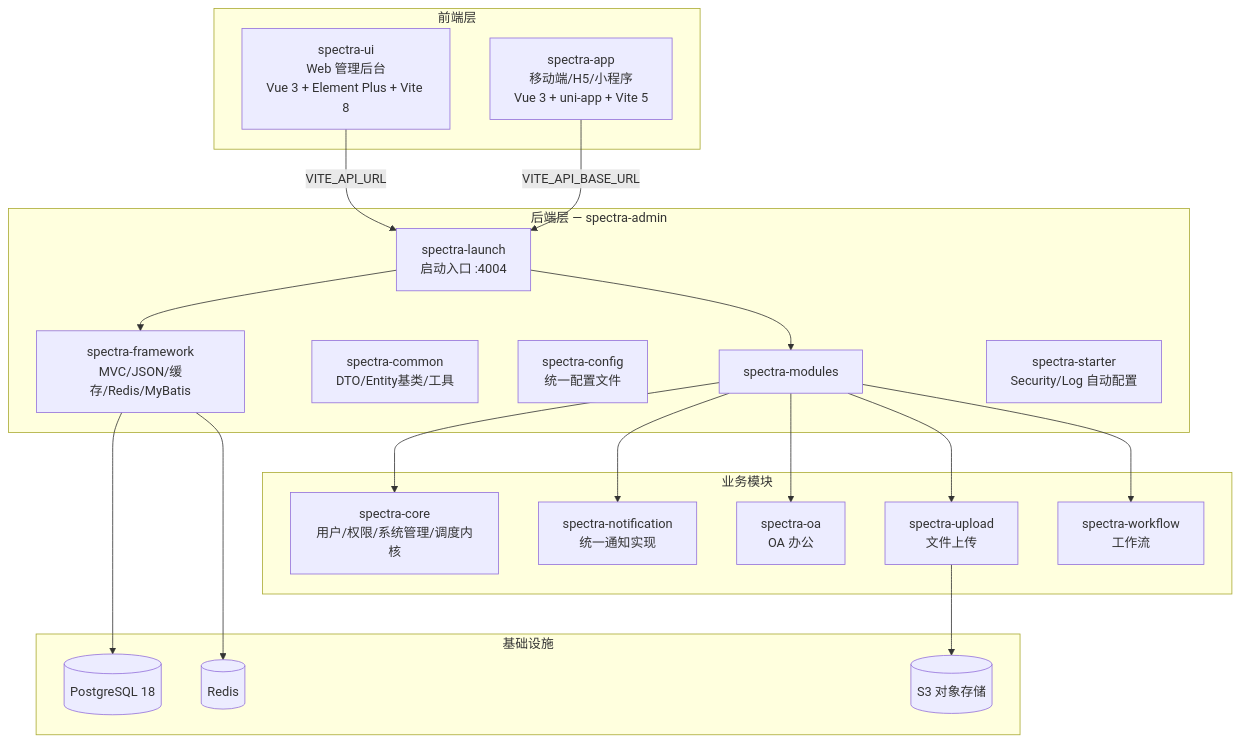
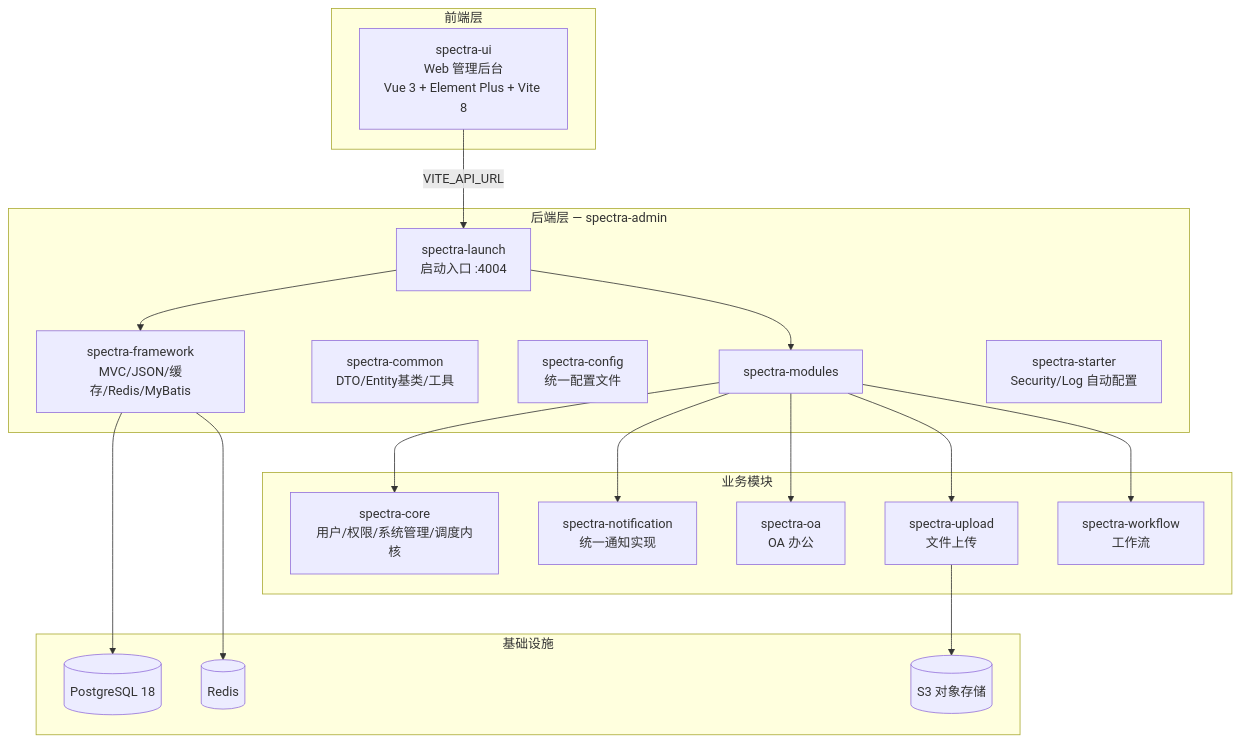
One commit to yangxj96/spectra-docs changed the diagram in docs/00-项目总览.md. Above: the diagram before and after it, drawn with Mermaid. The commit also changed other lines of this file and 42 other files, not shown here.

````diff
--- a/docs/00-项目总览.md
+++ b/docs/00-项目总览.md
@@ -22,43 +22,41 @@
 ```mermaid
 graph TB
     subgraph "前端层"
         UI["spectra-ui<br/>Web 管理后台<br/>Vue 3 + Element Plus + Vite 8"]
-        APP["spectra-app<br/>移动端/H5/小程序<br/>Vue 3 + uni-app + Vite 5"]
     end
 
     subgraph "后端层 — spectra-admin"
         LAUNCH["spectra-launch<br/>启动入口 :4004"]
         FW["spectra-framework<br/>MVC/JSON/缓存/Redis/MyBatis"]
         COMMON["spectra-common<br/>DTO/Entity基类/工具"]
         CONFIG["spectra-config<br/>统一配置文件"]
         MODULES["spectra-modules"]
         STARTER["spectra-starter<br/>Security/Log 自动配置"]
     end
 
     subgraph "业务模块"
         CORE["spectra-core<br/>用户/权限/系统管理/调度内核"]
         NOTIFY["spectra-notification<br/>统一通知实现"]
         OA["spectra-oa<br/>OA 办公"]
         UPLOAD["spectra-upload<br/>文件上传"]
         WF["spectra-workflow<br/>工作流"]
     end
 
     subgraph "基础设施"
         PG[("PostgreSQL 18")]
         REDIS[("Redis")]
         S3[("S3 对象存储")]
     end
 
     UI -->|"VITE_API_URL"| LAUNCH
-    APP -->|"VITE_API_BASE_URL"| LAUNCH
     LAUNCH --> FW
     LAUNCH --> MODULES
     MODULES --> CORE
     MODULES --> NOTIFY
     MODULES --> OA
     MODULES --> UPLOAD
     MODULES --> WF
     FW --> PG
     FW --> REDIS
     UPLOAD --> S3
 ```
````
